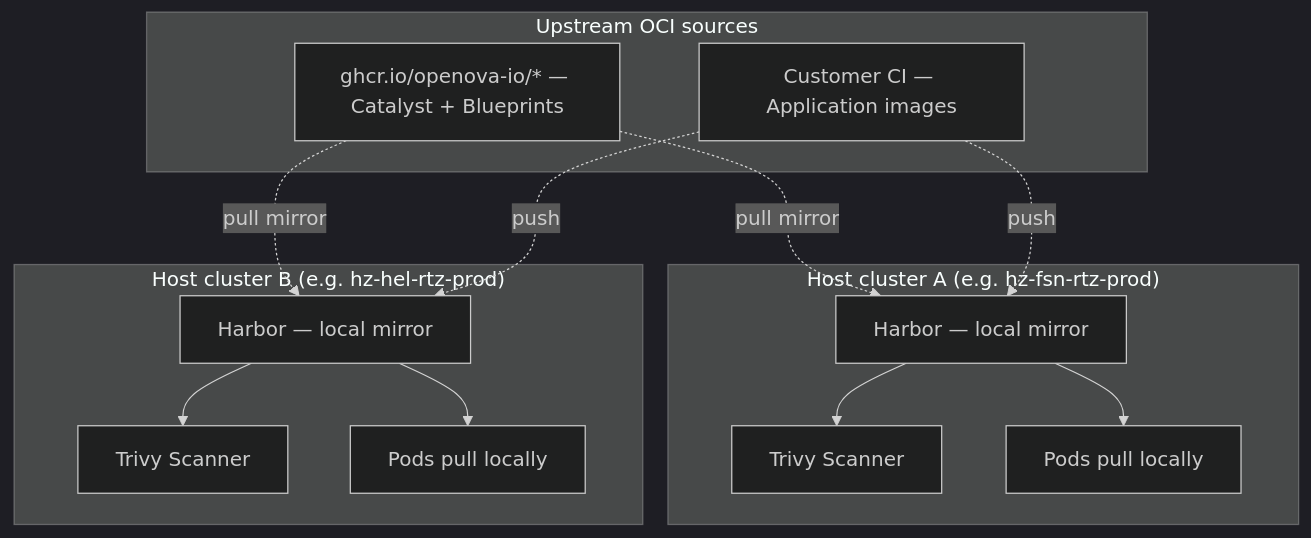
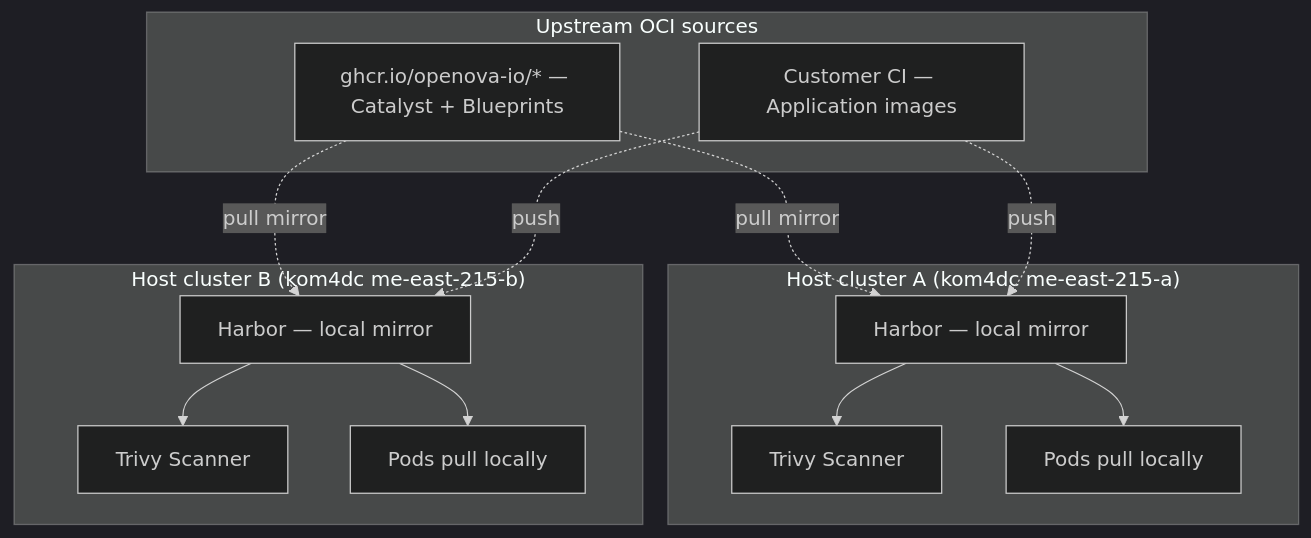
One commit to openova-io/openova changed the first of 4 diagrams in platform/harbor/README.md. Above: the diagram before and after it, drawn with Mermaid (dark theme). The commit also changed other lines of this file and 101 other files, not shown here.

````diff
--- a/platform/harbor/README.md
+++ b/platform/harbor/README.md
@@ -13,28 +13,28 @@
 ```mermaid
 flowchart TB
     subgraph Upstream["Upstream OCI sources"]
         GHCR[ghcr.io/openova-io/* — Catalyst + Blueprints]
         CustCI[Customer CI — Application images]
     end
 
-    subgraph Cluster1["Host cluster A (e.g. hz-fsn-rtz-prod)"]
+    subgraph Cluster1["Host cluster A (kom4dc me-east-215-a)"]
         H1[Harbor — local mirror]
         T1[Trivy Scanner]
         Pods1[Pods pull locally]
     end
 
-    subgraph Cluster2["Host cluster B (e.g. hz-hel-rtz-prod)"]
+    subgraph Cluster2["Host cluster B (kom4dc me-east-215-b)"]
         H2[Harbor — local mirror]
         T2[Trivy Scanner]
         Pods2[Pods pull locally]
     end
 
     GHCR -.->|"pull mirror"| H1
     CustCI -.->|"push"| H1
     GHCR -.->|"pull mirror"| H2
     CustCI -.->|"push"| H2
     H1 --> T1
     H2 --> T2
     H1 --> Pods1
     H2 --> Pods2
 ```
````
